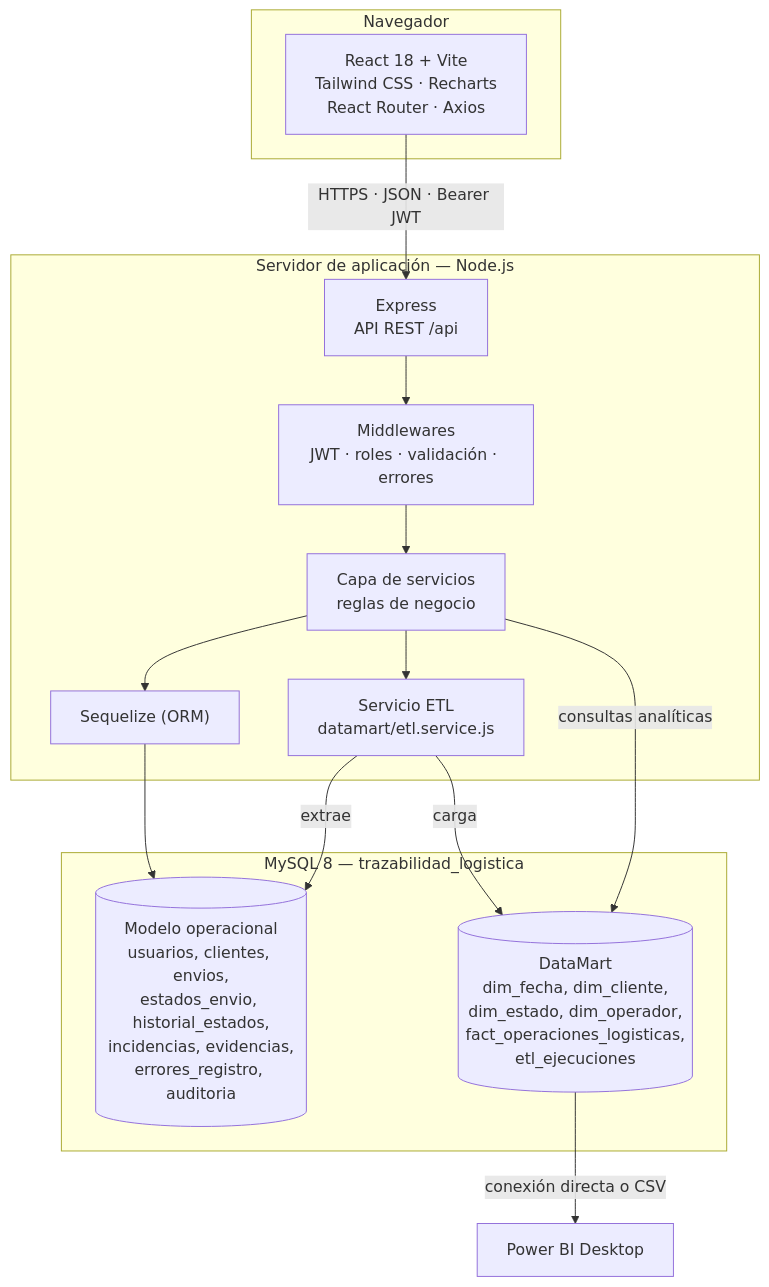
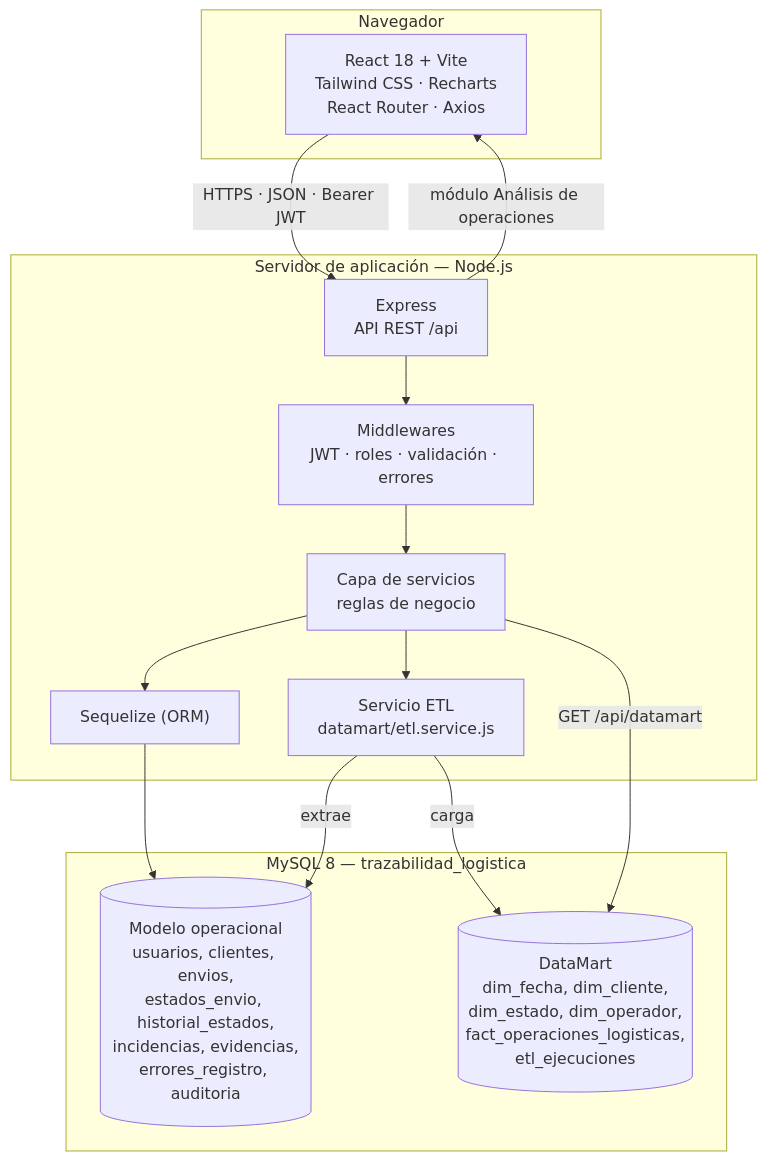
The first of 3 diagrams in docs/ARQUITECTURA.md (AlbertLopezHoyos/Aplicaci-n-Web-de-Trazabilidad-Log-stica-con-DataMart-para-la-optimizaci-n-de-operaciones), drawn with Mermaid before and after one commit. The commit also changed other lines of this file and 10 other files, not shown here.

````diff
--- a/docs/ARQUITECTURA.md
+++ b/docs/ARQUITECTURA.md
@@ -10,29 +10,27 @@
 ```mermaid
 flowchart TB
     subgraph Cliente["Navegador"]
         FE["React 18 + Vite<br/>Tailwind CSS · Recharts<br/>React Router · Axios"]
     end
 
     subgraph Servidor["Servidor de aplicación — Node.js"]
         API["Express<br/>API REST /api"]
         MW["Middlewares<br/>JWT · roles · validación · errores"]
         SRV["Capa de servicios<br/>reglas de negocio"]
         ORM["Sequelize (ORM)"]
         ETL["Servicio ETL<br/>datamart/etl.service.js"]
     end
 
     subgraph BD["MySQL 8 — trazabilidad_logistica"]
         OLTP[("Modelo operacional<br/>usuarios, clientes, envios,<br/>estados_envio, historial_estados,<br/>incidencias, evidencias,<br/>errores_registro, auditoria")]
         DM[("DataMart<br/>dim_fecha, dim_cliente,<br/>dim_estado, dim_operador,<br/>fact_operaciones_logisticas,<br/>etl_ejecuciones")]
     end
 
-    BI["Power BI Desktop"]
-
     FE -->|HTTPS · JSON · Bearer JWT| API
     API --> MW --> SRV --> ORM --> OLTP
     SRV --> ETL
     ETL -->|extrae| OLTP
     ETL -->|carga| DM
-    SRV -->|consultas analíticas| DM
-    DM -->|conexión directa o CSV| BI
+    SRV -->|GET /api/datamart| DM
+    API -->|módulo Análisis de operaciones| FE
 ```
````
